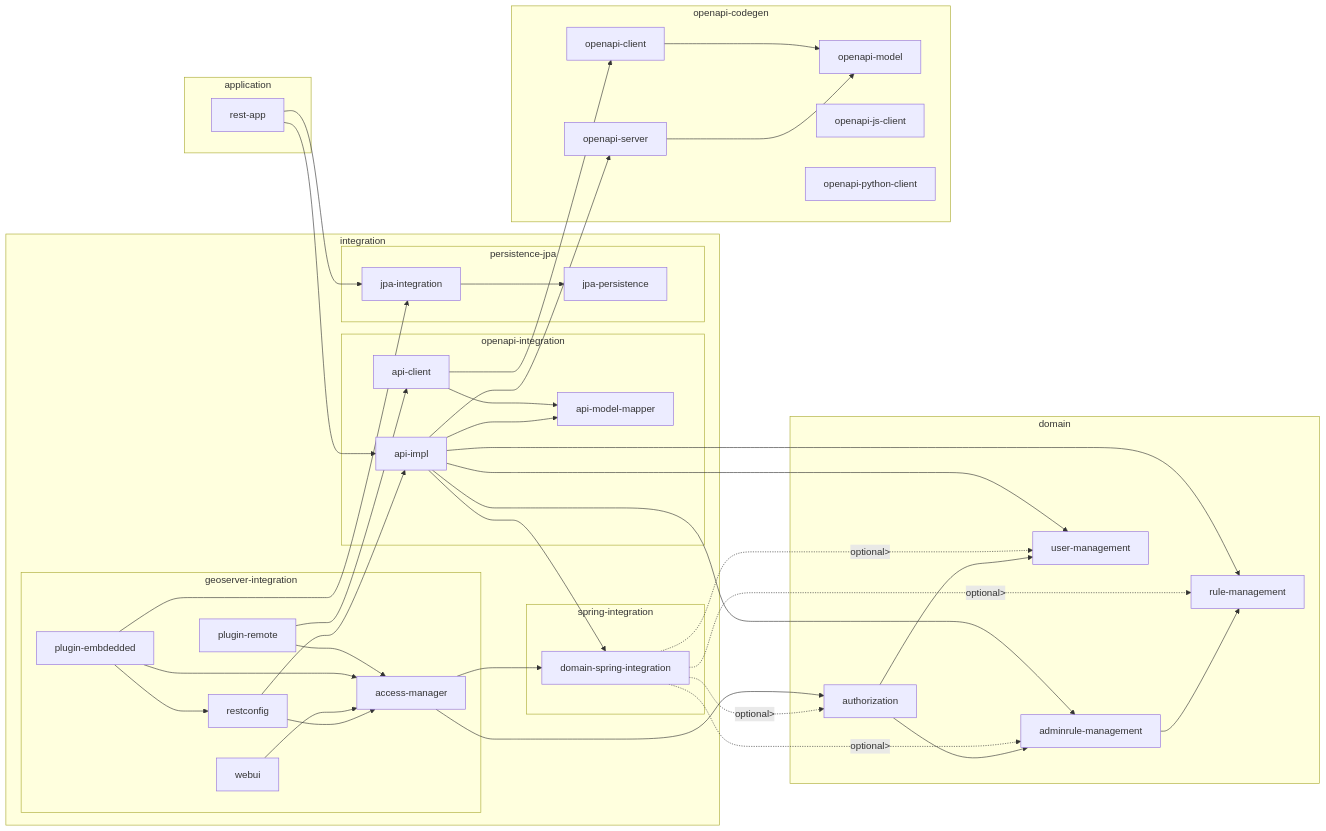
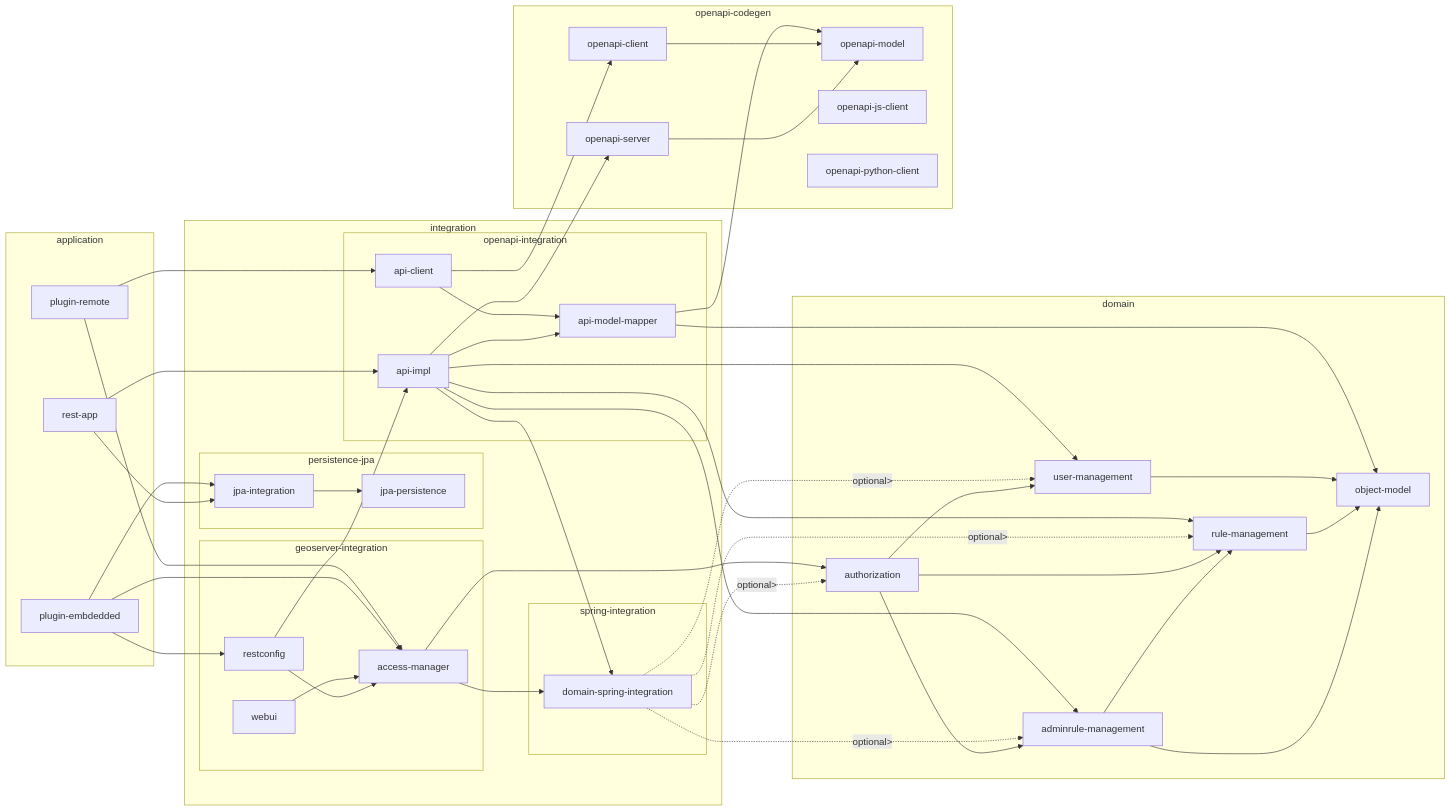
Before and after one commit to groldan/geofence: the diagram in src/README.md, drawn with Mermaid. The commit also changed 1 other file, not shown here.

Commit message:
Documentation updates

````diff
--- a/src/README.md
+++ b/src/README.md
@@ -5,36 +5,39 @@
 ```mermaid
 flowchart LR
   subgraph domain
-    adminrule-management --> rule-management
-    authorization --> adminrule-management & user-management
+    adminrule-management --> object-model & rule-management
+    authorization --> adminrule-management & user-management & rule-management
+    rule-management --> object-model
+    user-management --> object-model
   end
   subgraph openapi-codegen
     openapi-server --> openapi-model
     openapi-client --> openapi-model
     openapi-js-client
     openapi-python-client
   end
   subgraph integration
+    subgraph persistence-jpa
+        jpa-integration --> jpa-persistence
+    end
     subgraph spring-integration
         domain-spring-integration -. optional> .-> rule-management & adminrule-management & user-management & authorization
     end
     subgraph openapi-integration
+        api-model-mapper --> object-model & openapi-model
         api-impl --> api-model-mapper & openapi-server & domain-spring-integration & rule-management & adminrule-management & user-management
         api-client --> api-model-mapper & openapi-client
-    end
-    subgraph persistence-jpa
-        jpa-integration --> jpa-persistence
     end
     subgraph geoserver-integration
         access-manager --> 
           domain-spring-integration & authorization
         restconfig --> api-impl & access-manager
         webui --> access-manager
-        plugin-embdedded --> jpa-integration & access-manager & restconfig
-        plugin-remote --> api-client & access-manager
     end
   end
   subgraph application
     rest-app --> api-impl & jpa-integration
+    plugin-embdedded --> jpa-integration & access-manager & restconfig
+    plugin-remote --> api-client & access-manager
   end
 ```
````
